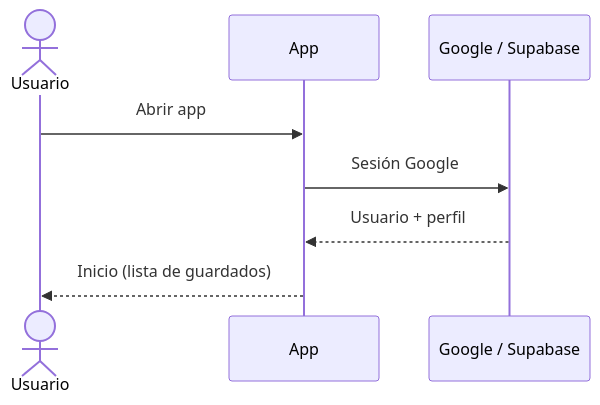
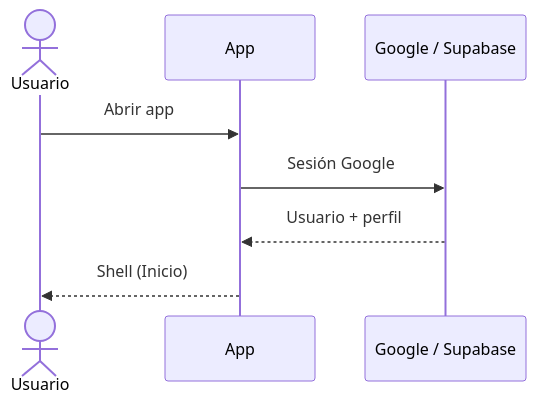
Before and after one commit to johntibagan/chevere_plan: the first of 3 diagrams in docs/aplicacion-actual.md, drawn with Mermaid. The commit also changed other lines of this file and 3 other files, not shown here.

````diff
--- a/docs/aplicacion-actual.md
+++ b/docs/aplicacion-actual.md
@@ -25,10 +34,10 @@
 ```mermaid
 sequenceDiagram
   actor U as Usuario
   participant App
   participant Auth as Google / Supabase
   U->>App: Abrir app
   App->>Auth: Sesión Google
   Auth-->>App: Usuario + perfil
-  App-->>U: Inicio (lista de guardados)
+  App-->>U: Shell (Inicio)
 ```
````
